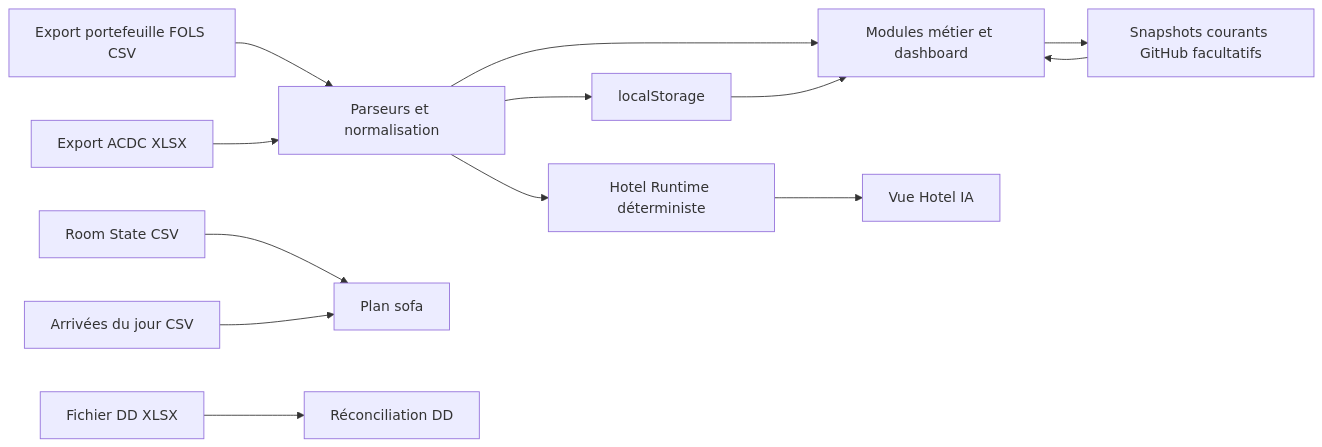
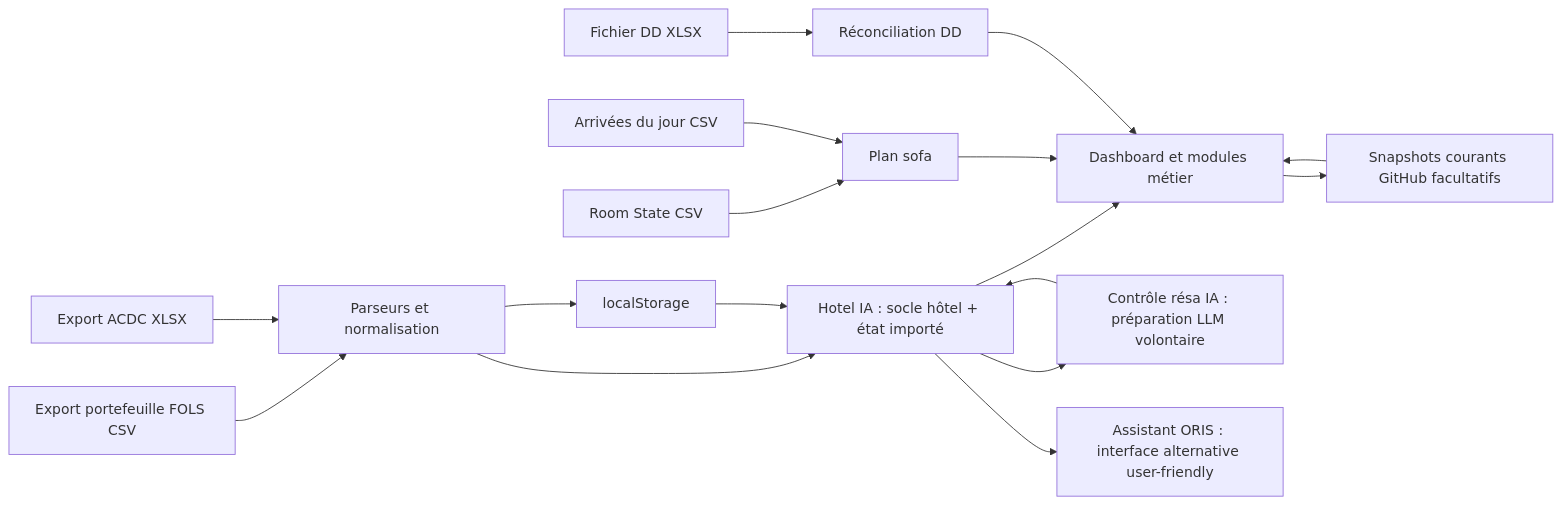
The diagram in README.md (musheepcoin/musheep), drawn with Mermaid before and after one commit. The commit also changed other lines of this file and 12 other files, not shown here.

````diff
--- a/README.md
+++ b/README.md
@@ -228,15 +230,19 @@
 ```mermaid
 flowchart LR
     F["Export portefeuille FOLS CSV"] --> P["Parseurs et normalisation"]
     A["Export ACDC XLSX"] --> P
     R["Room State CSV"] --> PS["Plan sofa"]
     N["Arrivées du jour CSV"] --> PS
     D["Fichier DD XLSX"] --> DD["Réconciliation DD"]
-    P --> UI["Modules métier et dashboard"]
     P --> LS["localStorage"]
-    LS --> UI
-    P --> RT["Hotel Runtime déterministe"]
-    RT --> HI["Vue Hotel IA"]
+    P --> HI["Hotel IA : socle hôtel + état importé"]
+    LS --> HI
+    HI --> UI["Dashboard et modules métier"]
+    HI --> RC["Contrôle résa IA : préparation LLM volontaire"]
+    RC --> HI
+    HI --> AS["Assistant ORIS : interface alternative user-friendly"]
+    PS --> UI
+    DD --> UI
     UI --> G["Snapshots courants GitHub facultatifs"]
     G --> UI
 ```
````
